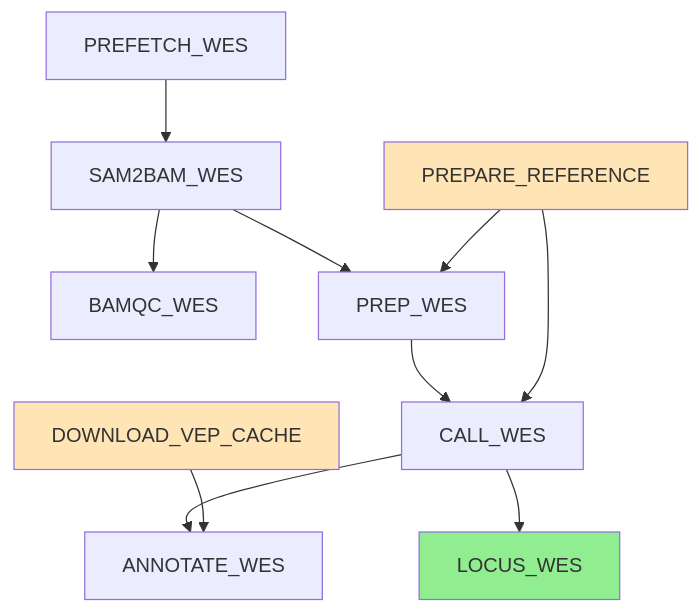
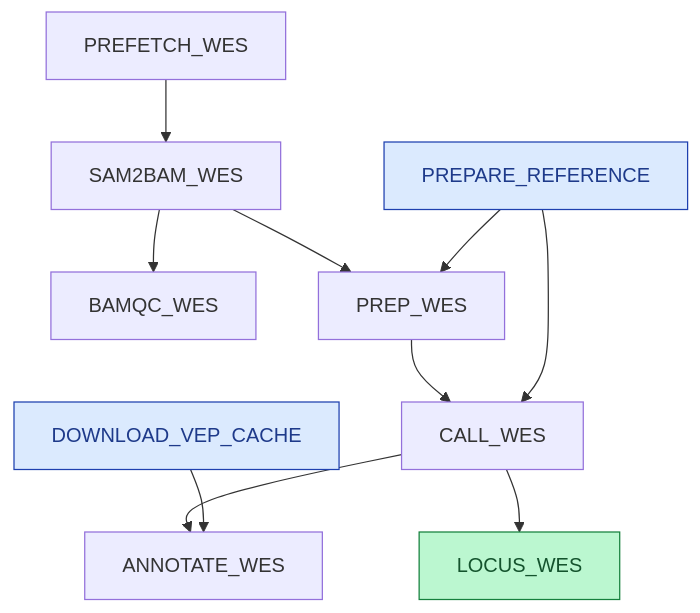
One commit to tereshchuk1/nf-loxhd1 changed the diagram in README.md. Above: the diagram before and after it, drawn with Mermaid.

Commit message:
Refactor styles and class definitions in README
Updated styles and class definitions in the diagram section.

````diff
--- a/README.md
+++ b/README.md
@@ -27,26 +27,27 @@
 ```mermaid
 graph TD
     REF[PREPARE_REFERENCE]
     DL[DOWNLOAD_VEP_CACHE]
     PRE[PREFETCH_WES]
     S2B[SAM2BAM_WES]
     QC[BAMQC_WES]
     PREP[PREP_WES]
     CALL[CALL_WES]
     ANN[ANNOTATE_WES]
     LOC[LOCUS_WES]
-    
+
     PRE --> S2B
     S2B --> QC
     S2B --> PREP
     REF --> PREP
     PREP --> CALL
     REF --> CALL
     CALL --> ANN
     DL --> ANN
     CALL --> LOC
-    
-    style LOC fill:#90EE90
-    style REF fill:#FFE4B5
-    style DL fill:#FFE4B5
+
+    classDef setup fill:#dbeafe,stroke:#1e40af,color:#1e3a8a
+    classDef result fill:#bbf7d0,stroke:#15803d,color:#14532d
+    class REF,DL setup
+    class LOC result
 ```
````
